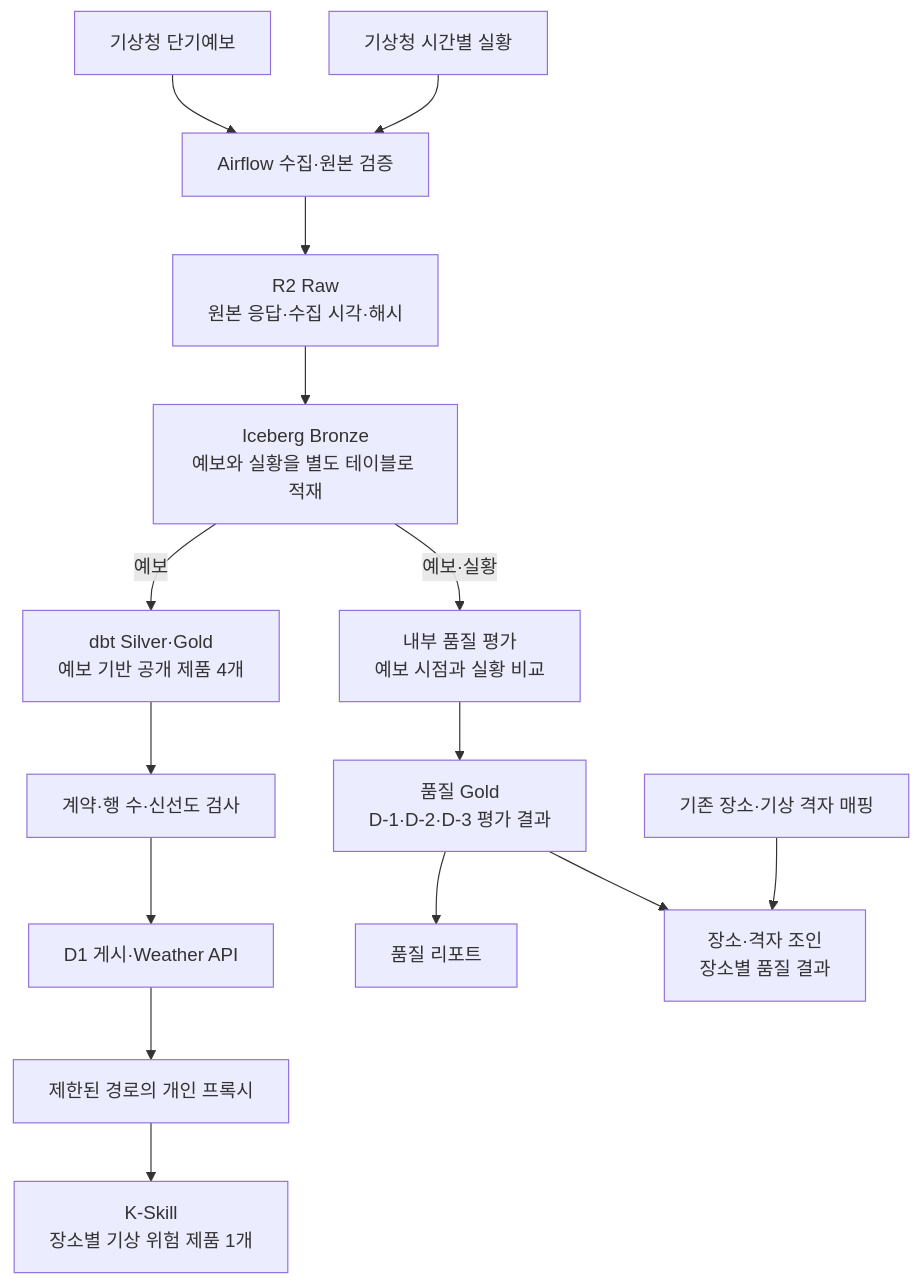
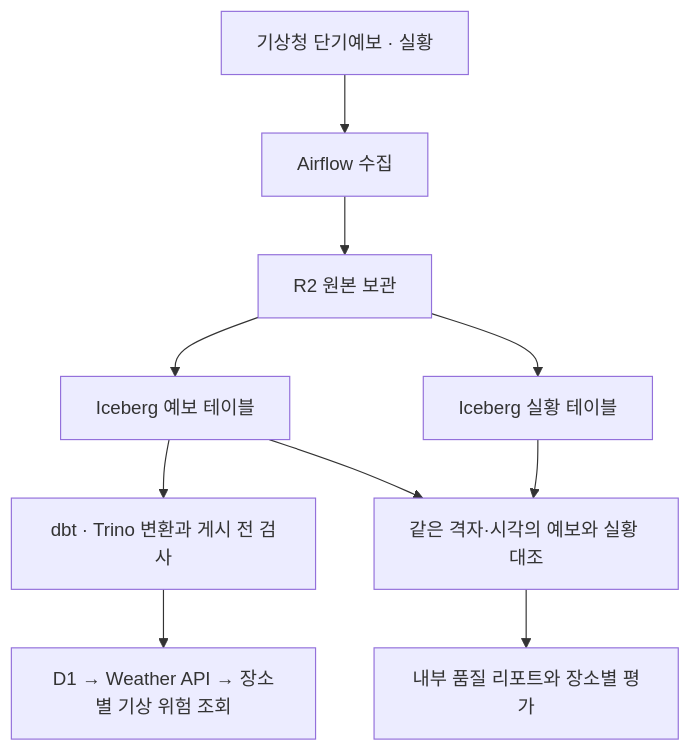
The diagram in README.md (masondev1024/seoul-weather-platform), drawn with Mermaid before and after one commit. The commit also changed other lines of this file and 1 other file, not shown here.

````diff
--- a/README.md
+++ b/README.md
@@ -31,19 +27,12 @@
 ```mermaid
-flowchart TB
-    F["기상청 단기예보"] --> R["Airflow 수집·원본 검증"]
-    O["기상청 시간별 실황"] --> R
-    R --> RAW["R2 Raw<br/>원본 응답·수집 시각·해시"]
-    RAW --> B["Iceberg Bronze<br/>예보와 실황을 별도 테이블로 적재"]
-
-    B -->|"예보"| S["dbt Silver·Gold<br/>예보 기반 공개 제품 4개"]
-    S --> P["계약·행 수·신선도 검사"]
-    P --> D["D1 게시·Weather API"]
-    D --> K["제한된 경로의 개인 프록시"]
-    K --> SK["K-Skill<br/>장소별 기상 위험 제품 1개"]
-
-    B -->|"예보·실황"| Q["내부 품질 평가<br/>예보 시점과 실황 비교"]
-    Q --> G["품질 Gold<br/>D-1·D-2·D-3 평가 결과"]
-    G --> REPORT["품질 리포트"]
-    G --> PLACE["장소·격자 조인<br/>장소별 품질 결과"]
-    MAP["기존 장소·기상 격자 매핑"] --> PLACE
+flowchart TD
+    Source["기상청 단기예보 · 실황"] --> Collect["Airflow 수집"]
+    Collect --> Raw["R2 원본 보관"]
+    Raw --> Forecast["Iceberg 예보 테이블"]
+    Raw --> Observed["Iceberg 실황 테이블"]
+    Forecast --> Transform["dbt · Trino 변환과 게시 전 검사"]
+    Transform --> Public["D1 → Weather API → 장소별 기상 위험 조회"]
+    Forecast --> Quality["같은 격자·시각의 예보와 실황 대조"]
+    Observed --> Quality
+    Quality --> Report["내부 품질 리포트와 장소별 평가"]
 ```
````
